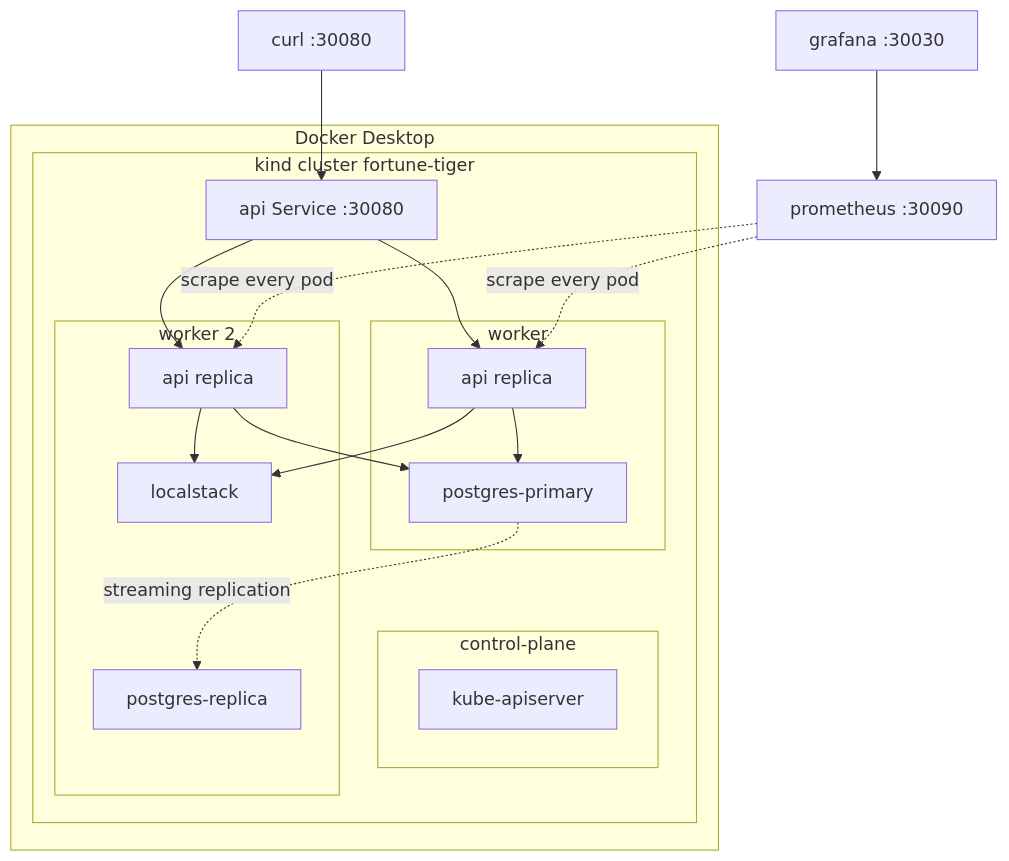
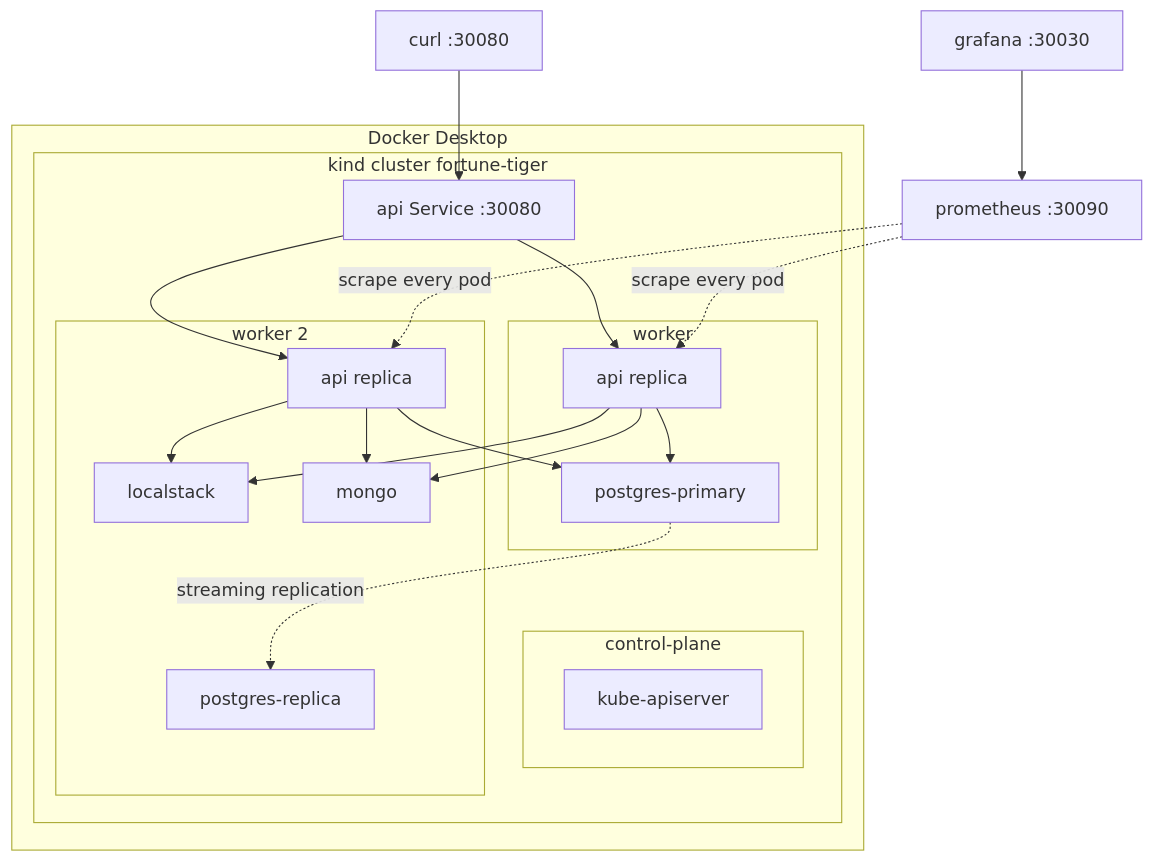
Before and after one commit to darkfrontcode/Fortune-Tiger: the diagram in docs/kubernetes.md, drawn with Mermaid. The commit also changed other lines of this file and 187 other files, not shown here.

````diff
--- a/docs/kubernetes.md
+++ b/docs/kubernetes.md
@@ -9,31 +9,34 @@
 ```mermaid
 flowchart TB
     subgraph host["Docker Desktop"]
         subgraph cluster["kind cluster fortune-tiger"]
             lb["api Service :30080"]
             subgraph cp["control-plane"]
                 apiServer["kube-apiserver"]
             end
             subgraph w1["worker"]
                 api1["api replica"]
                 pg1["postgres-primary"]
             end
             subgraph w2["worker 2"]
                 api2["api replica"]
                 pg2["postgres-replica"]
                 ls["localstack"]
+                mg["mongo"]
             end
             lb --> api1
             lb --> api2
         end
     end
     client["curl :30080"] --> lb
     api1 --> pg1
     api2 --> pg1
     api1 --> ls
     api2 --> ls
+    api1 --> mg
+    api2 --> mg
     pg1 -. "streaming replication" .-> pg2
     prom["prometheus :30090"] -. "scrape every pod" .-> api1
     prom -. "scrape every pod" .-> api2
     graf["grafana :30030"] --> prom
 ```
````
